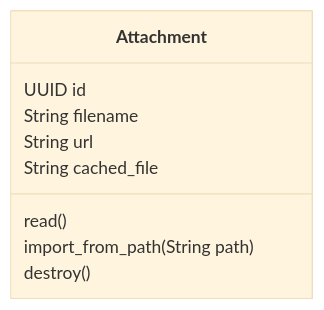
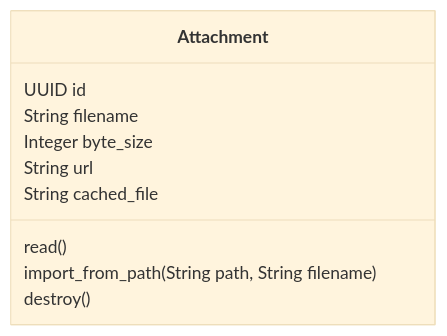
One commit to zebbra/data_aggregator changed the diagram in lib/data_aggregator/files/files-mermaid-class-diagram.md. Above: the diagram before and after it, drawn with Mermaid (base theme). The commit also changed 40 other files, not shown here.

````diff
--- a/lib/data_aggregator/files/files-mermaid-class-diagram.md
+++ b/lib/data_aggregator/files/files-mermaid-class-diagram.md
@@ -1,15 +1,16 @@
 ```mermaid
 classDiagram
     class Attachment {
         UUID id
         String filename
+        Integer byte_size
         String url
         String cached_file
         read()
-        import_from_path(String path)
+        import_from_path(String path, String filename)
         destroy()
     }
 
 
 
 ```
````
